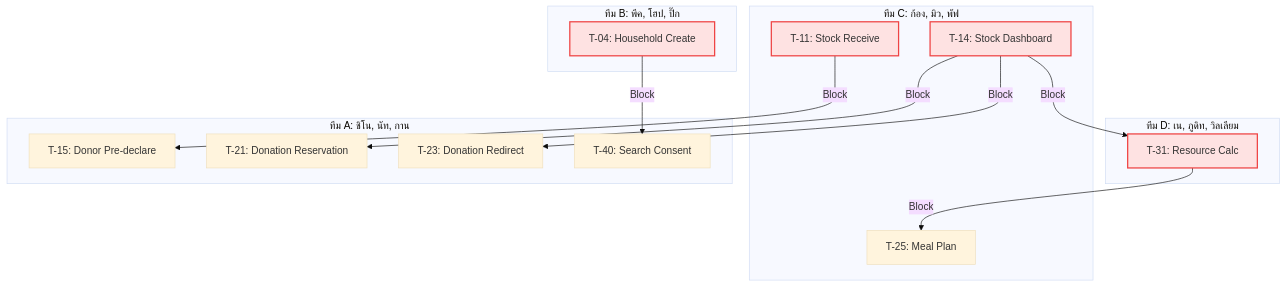
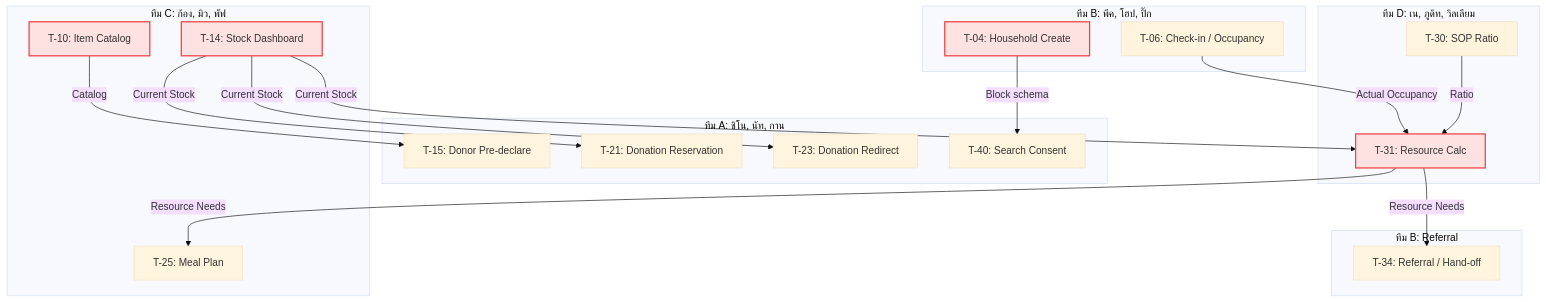
Before and after one commit to r202-coe-psu/tent: the diagram in docs/task-breakdown/teamplanning.md, drawn with Mermaid (base theme). The commit also changed other lines of this file, not shown here.

````diff
--- a/docs/task-breakdown/teamplanning.md
+++ b/docs/task-breakdown/teamplanning.md
@@ -67,28 +67,35 @@
 ```mermaid
 flowchart TD
     subgraph TB["ทีม B: พีค, โฮป, ปิ๊ก"]
         T04[T-04: Household Create]
+        T06[T-06: Check-in / Occupancy]
     end
     subgraph TC["ทีม C: ก้อง, มิว, พัฟ"]
-        T11[T-11: Stock Receive]
+        T10[T-10: Item Catalog]
         T14[T-14: Stock Dashboard]
         T25[T-25: Meal Plan]
     end
     subgraph TD["ทีม D: เน, ภูดิท, วิลเลียม"]
+        T30[T-30: SOP Ratio]
         T31[T-31: Resource Calc]
     end
     subgraph TA["ทีม A: ชิโน, นัท, กาน"]
         T15[T-15: Donor Pre-declare]
         T21[T-21: Donation Reservation]
         T23[T-23: Donation Redirect]
         T40[T-40: Search Consent]
     end
+    subgraph TF["ทีม B: Referral"]
+        T34[T-34: Referral / Hand-off]
+    end
 
-    T04 -->|Block| T40
-    T11 -->|Block| T15
-    T14 -->|Block| T21 & T23 & T31
-    T31 -->|Block| T25
+    T04 -->|Block schema| T40
+    T10 -->|Catalog| T15
+    T14 -->|Current Stock| T21 & T23 & T31
+    T06 -->|Actual Occupancy| T31
+    T30 -->|Ratio| T31
+    T31 -->|Resource Needs| T25 & T34
 
     classDef block fill:#fee2e2,stroke:#ef4444,stroke-width:2px;
-    class T04,T11,T14,T31 block;
+    class T04,T10,T14,T31 block;
 ```
````
